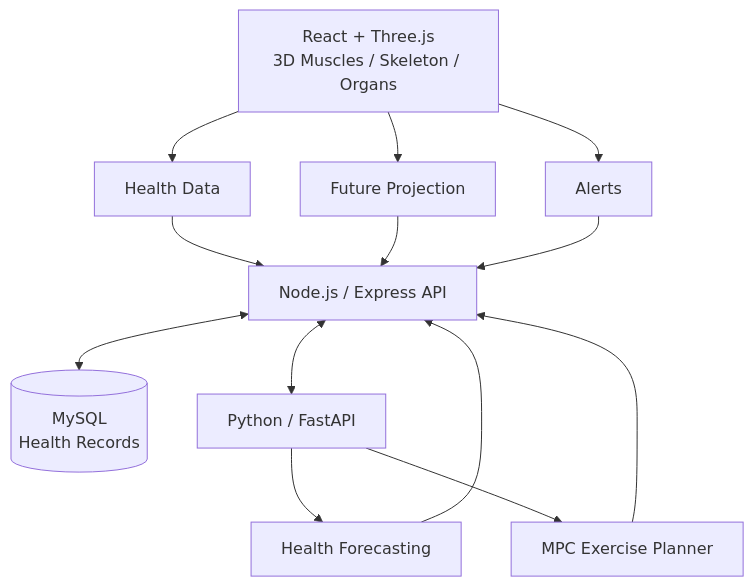
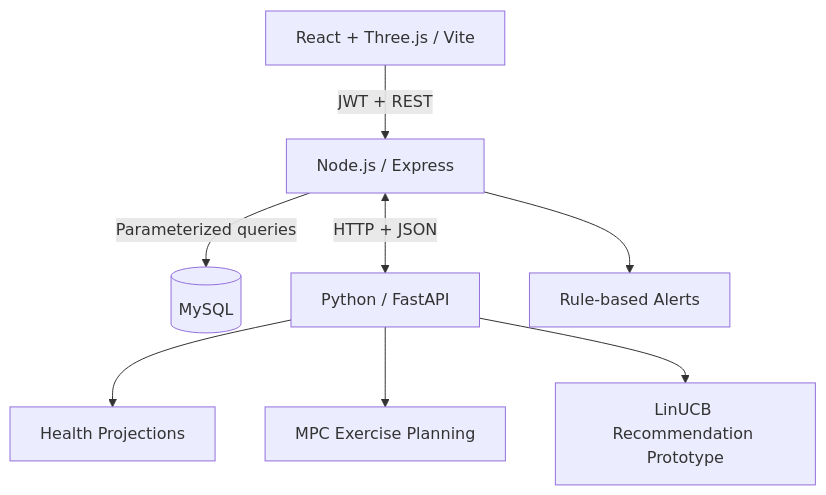
Before and after one commit to pr0mak/OlympusHealth: the diagram in README.md, drawn with Mermaid. The commit also changed other lines of this file, not shown here.

````diff
--- a/README.md
+++ b/README.md
@@ -64,16 +75,10 @@
 ```mermaid
 flowchart TB
-    UI[React + Three.js<br/>3D Muscles / Skeleton / Organs]
-    UI --> HD[Health Data]
-    UI --> FP[Future Projection]
-    UI --> AL[Alerts]
-    HD --> API[Node.js / Express API]
-    FP --> API
-    AL --> API
-    API <--> DB[(MySQL<br/>Health Records)]
-    API <--> PY[Python / FastAPI]
-    PY --> FC[Health Forecasting]
-    PY --> MPC[MPC Exercise Planner]
-    FC --> API
-    MPC --> API
+    UI[React + Three.js / Vite] -->|JWT + REST| API[Node.js / Express]
+    API -->|Parameterized queries| DB[(MySQL)]
+    API <-->|HTTP + JSON| PY[Python / FastAPI]
+    API --> AL[Rule-based Alerts]
+    PY --> FC[Health Projections]
+    PY --> MPC[MPC Exercise Planning]
+    PY --> LB[LinUCB Recommendation Prototype]
 ```
````
